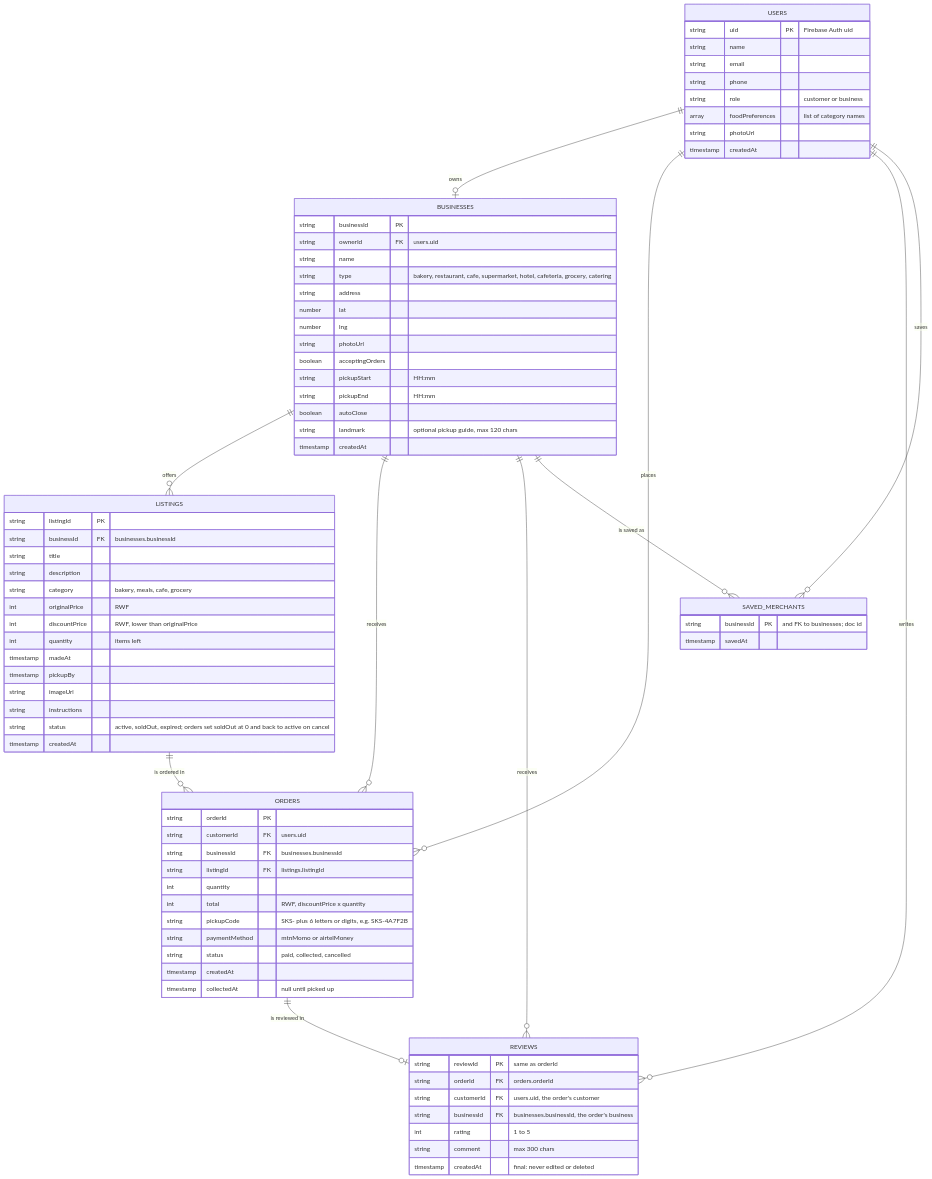
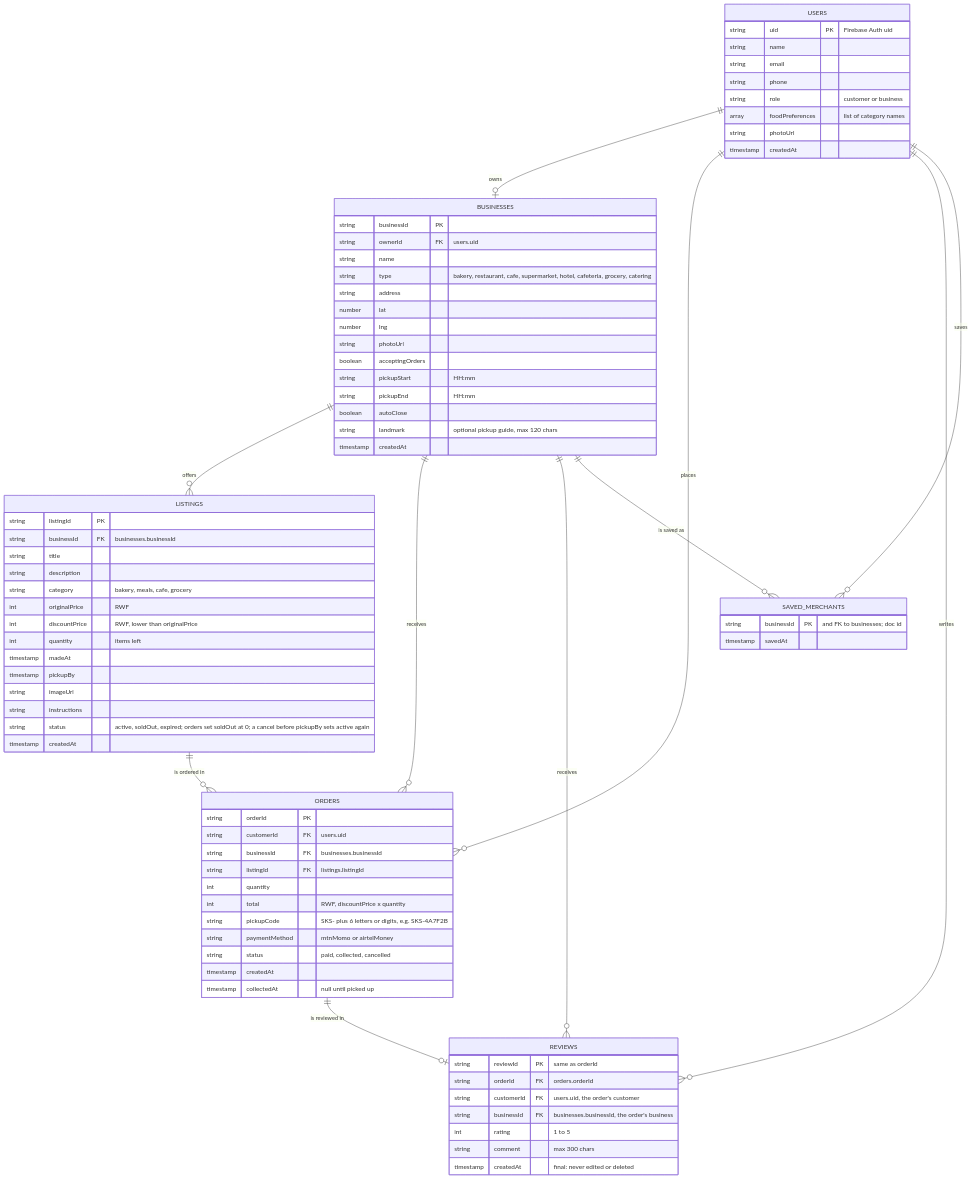
The diagram in docs/database/erd.md (Melyssa-Ingabe/sokosafi), drawn with Mermaid before and after one commit.

Commit message:
docs(erd): note when a cancel puts a listing back on sale

```diff
--- a/docs/database/erd.md
+++ b/docs/database/erd.md
@@ -58,7 +58,7 @@
         timestamp pickupBy
         string imageUrl
         string instructions
-        string status "active, soldOut, expired; orders set soldOut at 0 and back to active on cancel"
+        string status "active, soldOut, expired; orders set soldOut at 0; a cancel before pickupBy sets active again"
         timestamp createdAt
     }
 
```
